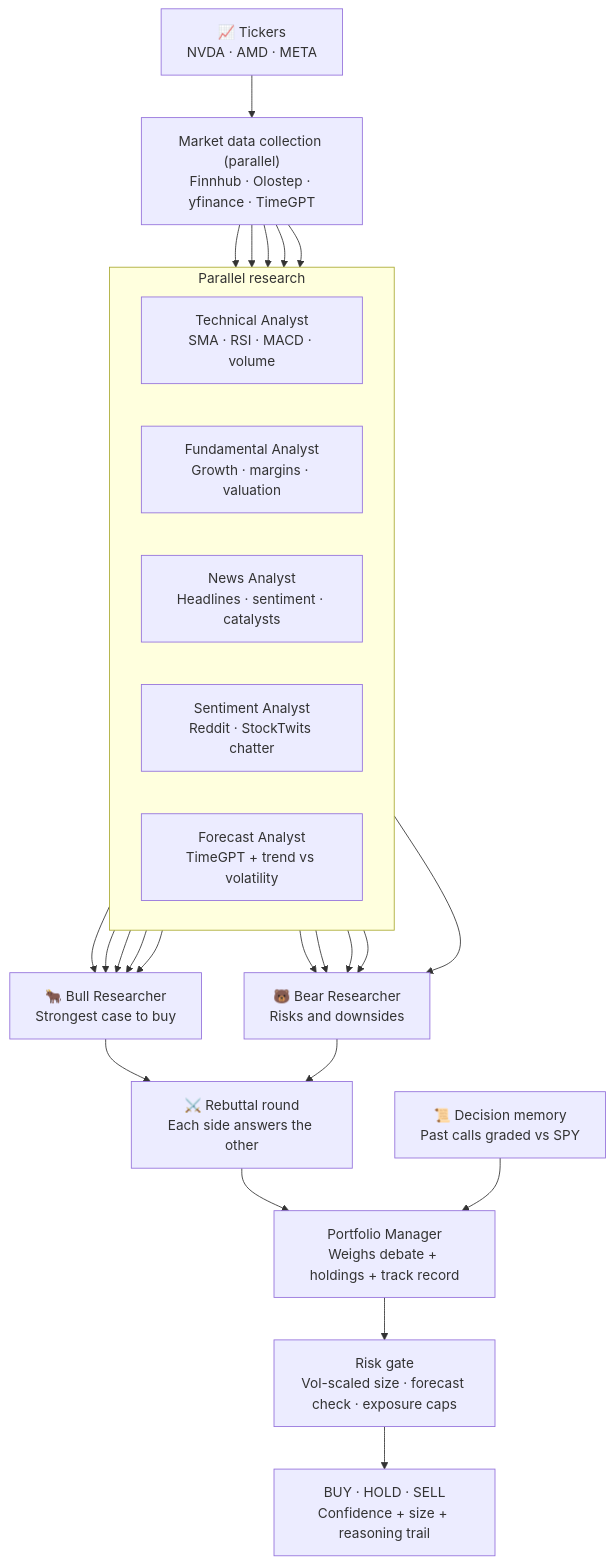
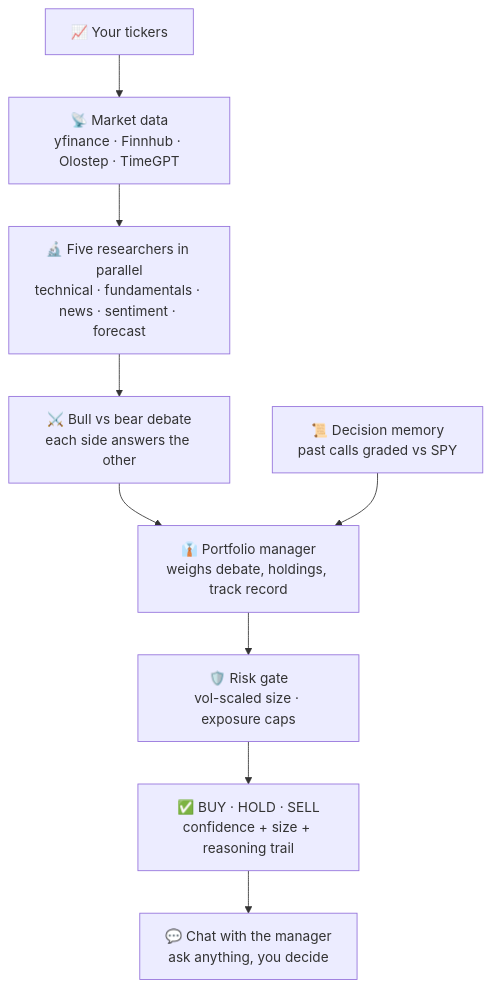
One commit to kingabzpro/BetterTradingAgents changed the diagram in README.md. Above: the diagram before and after it, drawn with Mermaid. The commit also changed other lines of this file, not shown here.

Commit message:
Simplify the How-it-works mermaid diagram
Replace the dense researcher fan-out (12 nodes, ~20 edges) with a linear
8-stage pipeline: tickers, market data, parallel research, debate,
manager (+ decision memory), risk gate, decision, and the new chat step
where the user makes the final call.

````diff
--- a/README.md
+++ b/README.md
@@ -55,38 +55,11 @@
 ```mermaid
 flowchart TD
-    T["📈 Tickers<br/>NVDA · AMD · META"] --> D["Market data collection (parallel)<br/>Finnhub · Olostep · yfinance · TimeGPT"]
-
-    subgraph Research[Parallel research]
-        direction LR
-        TA["Technical Analyst<br/>SMA · RSI · MACD · volume"]
-        FA["Fundamental Analyst<br/>Growth · margins · valuation"]
-        NA["News Analyst<br/>Headlines · sentiment · catalysts"]
-        SA["Sentiment Analyst<br/>Reddit · StockTwits chatter"]
-        FC["Forecast Analyst<br/>TimeGPT + trend vs volatility"]
-    end
-
-    D --> TA
-    D --> FA
-    D --> NA
-    D --> SA
-    D --> FC
-
-    TA --> BULL["🐂 Bull Researcher<br/>Strongest case to buy"]
-    FA --> BULL
-    NA --> BULL
-    SA --> BULL
-    FC --> BULL
-    TA --> BEAR["🐻 Bear Researcher<br/>Risks and downsides"]
-    FA --> BEAR
-    NA --> BEAR
-    SA --> BEAR
-    FC --> BEAR
-
-    BULL --> RB["⚔️ Rebuttal round<br/>Each side answers the other"]
-    BEAR --> RB
-
-    RB --> PM["Portfolio Manager<br/>Weighs debate + holdings + track record"]
-    MEM["📜 Decision memory<br/>Past calls graded vs SPY"] --> PM
-    PM --> RISK["Risk gate<br/>Vol-scaled size · forecast check · exposure caps"]
-    RISK --> RESULT["BUY · HOLD · SELL<br/>Confidence + size + reasoning trail"]
+    T["📈 Your tickers"] --> D["📡 Market data<br/>yfinance · Finnhub · Olostep · TimeGPT"]
+    D --> R["🔬 Five researchers in parallel<br/>technical · fundamentals · news · sentiment · forecast"]
+    R --> B["⚔️ Bull vs bear debate<br/>each side answers the other"]
+    B --> M["👔 Portfolio manager<br/>weighs debate, holdings, track record"]
+    MEM["📜 Decision memory<br/>past calls graded vs SPY"] --> M
+    M --> G["🛡️ Risk gate<br/>vol-scaled size · exposure caps"]
+    G --> V["✅ BUY · HOLD · SELL<br/>confidence + size + reasoning trail"]
+    V --> C["💬 Chat with the manager<br/>ask anything, you decide"]
 ```
````
